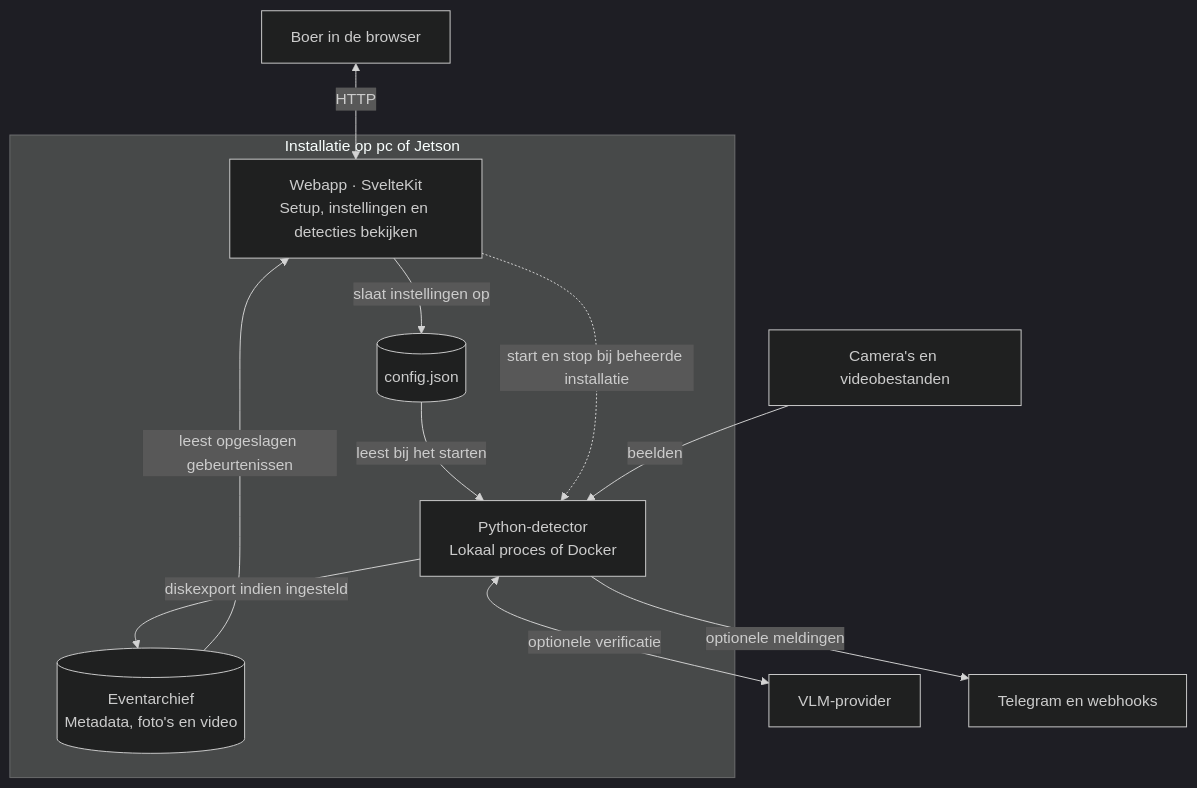
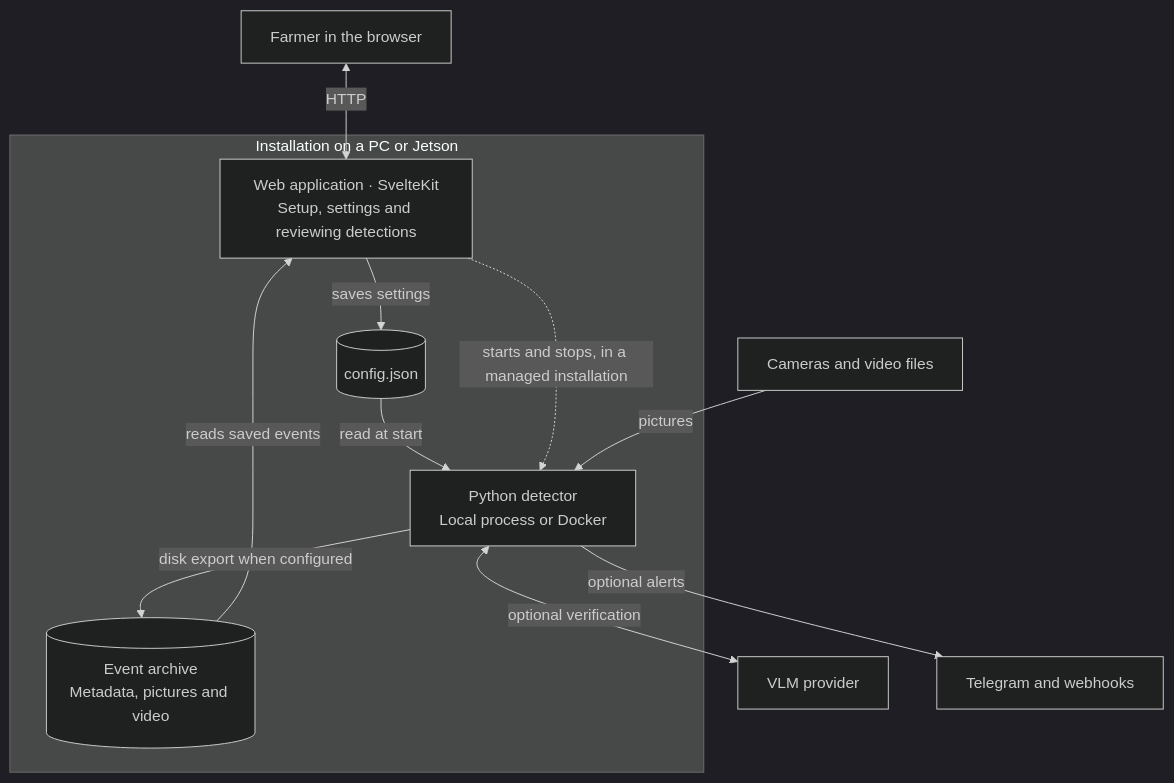
Before and after one commit to ESchouten/ai-detector: the first of 4 diagrams in SYSTEM_OVERVIEW.md, drawn with Mermaid (dark theme). The commit also changed other lines of this file and 12 other files, not shown here.

````diff
--- a/SYSTEM_OVERVIEW.md
+++ b/SYSTEM_OVERVIEW.md
@@ -9,23 +9,23 @@
 ```mermaid
 flowchart TB
-    User["Boer in de browser"]
-    Sources["Camera's en videobestanden"]
+    User["Farmer in the browser"]
+    Sources["Cameras and video files"]
 
-    subgraph Installation["Installatie op pc of Jetson"]
-        Web["Webapp · SvelteKit<br/>Setup, instellingen en detecties bekijken"]
+    subgraph Installation["Installation on a PC or Jetson"]
+        Web["Web application · SvelteKit<br/>Setup, settings and reviewing detections"]
         Config[("config.json")]
-        Detector["Python-detector<br/>Lokaal proces of Docker"]
-        Archive[("Eventarchief<br/>Metadata, foto's en video")]
+        Detector["Python detector<br/>Local process or Docker"]
+        Archive[("Event archive<br/>Metadata, pictures and video")]
 
-        Web -->|slaat instellingen op| Config
-        Config -->|leest bij het starten| Detector
-        Detector -->|diskexport indien ingesteld| Archive
-        Archive -->|leest opgeslagen gebeurtenissen| Web
-        Web -.->|start en stop bij beheerde installatie| Detector
+        Web -->|saves settings| Config
+        Config -->|read at start| Detector
+        Detector -->|disk export when configured| Archive
+        Archive -->|reads saved events| Web
+        Web -.->|starts and stops, in a managed installation| Detector
     end
 
     User <-->|HTTP| Web
-    Sources -->|beelden| Detector
-    Detector <-->|optionele verificatie| VLM["VLM-provider"]
-    Detector -->|optionele meldingen| Destinations["Telegram en webhooks"]
+    Sources -->|pictures| Detector
+    Detector <-->|optional verification| VLM["VLM provider"]
+    Detector -->|optional alerts| Destinations["Telegram and webhooks"]
 ```
````
